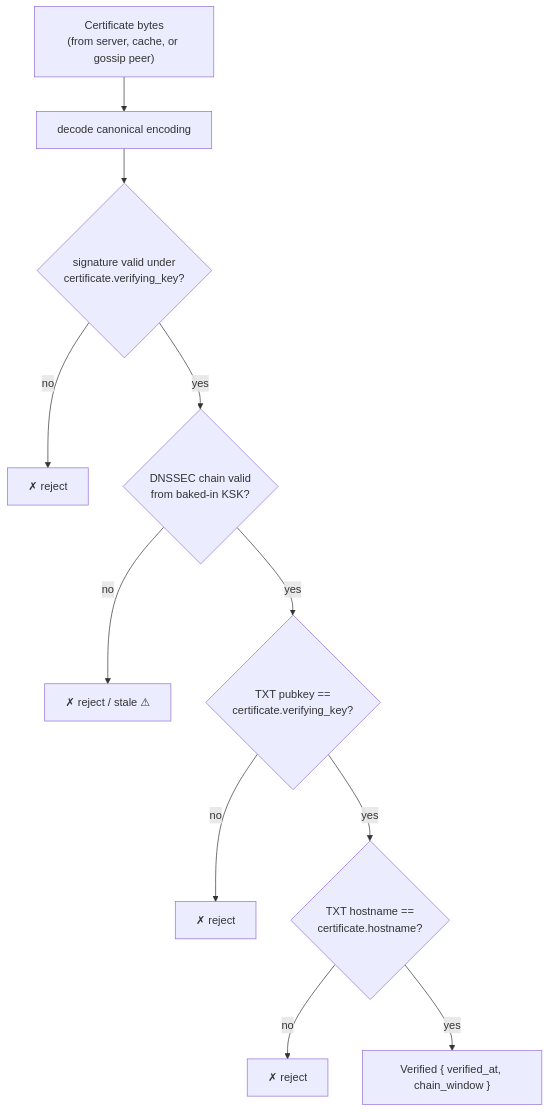
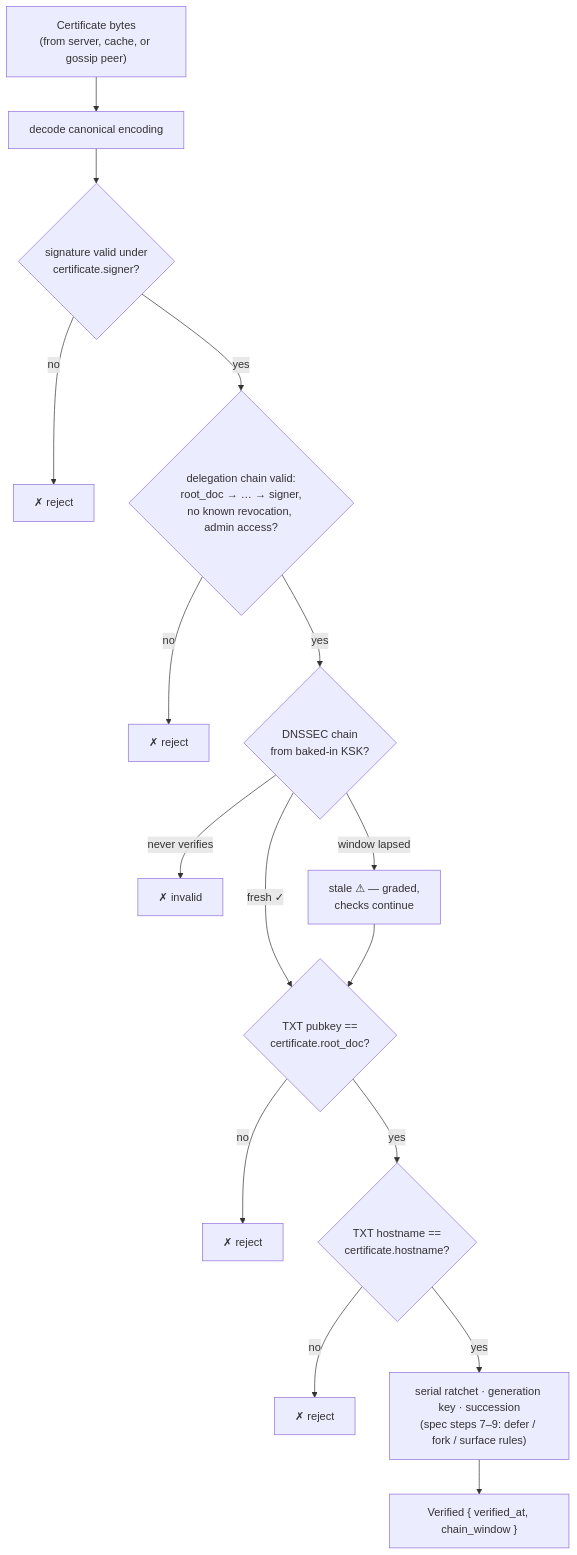
One commit to inkandswitch/onomancy changed the diagram in design/certificate.md. Above: the diagram before and after it, drawn with Mermaid. The commit also changed other lines of this file and 42 other files, not shown here.

````diff
--- a/design/certificate.md
+++ b/design/certificate.md
@@ -37,13 +92,18 @@
 ```mermaid
 flowchart TD
     A["Certificate bytes<br/>(from server, cache, or gossip peer)"] --> B[decode canonical encoding]
-    B --> C{signature valid under<br/>certificate.verifying_key?}
+    B --> C{signature valid under<br/>certificate.signer?}
     C -->|no| X1[✗ reject]
-    C -->|yes| D{DNSSEC chain valid<br/>from baked-in KSK?}
-    D -->|no| X2[✗ reject / stale ⚠]
-    D -->|yes| E{TXT pubkey ==<br/>certificate.verifying_key?}
+    C -->|yes| K{delegation chain valid:<br/>root_doc → … → signer,<br/>no known revocation, admin access?}
+    K -->|no| X5[✗ reject]
+    K -->|yes| D{DNSSEC chain<br/>from baked-in KSK?}
+    D -->|never verifies| X2[✗ invalid]
+    D -->|window lapsed| SW[stale ⚠ — graded,<br/>checks continue]
+    D -->|fresh ✓| E
+    SW --> E{TXT pubkey ==<br/>certificate.root_doc?}
     E -->|no| X3[✗ reject]
     E -->|yes| F{TXT hostname ==<br/>certificate.hostname?}
     F -->|no| X4[✗ reject]
-    F -->|yes| G["Verified { verified_at, chain_window }"]
+    F -->|yes| H["serial ratchet · generation key · succession<br/>(spec steps 7–9: defer / fork / surface rules)"]
+    H --> G["Verified { verified_at, chain_window }"]
 ```
````
